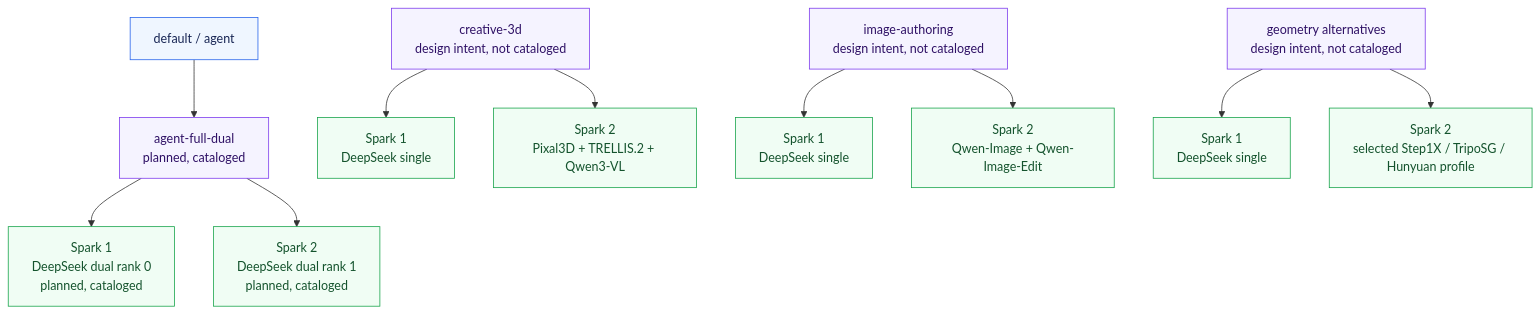
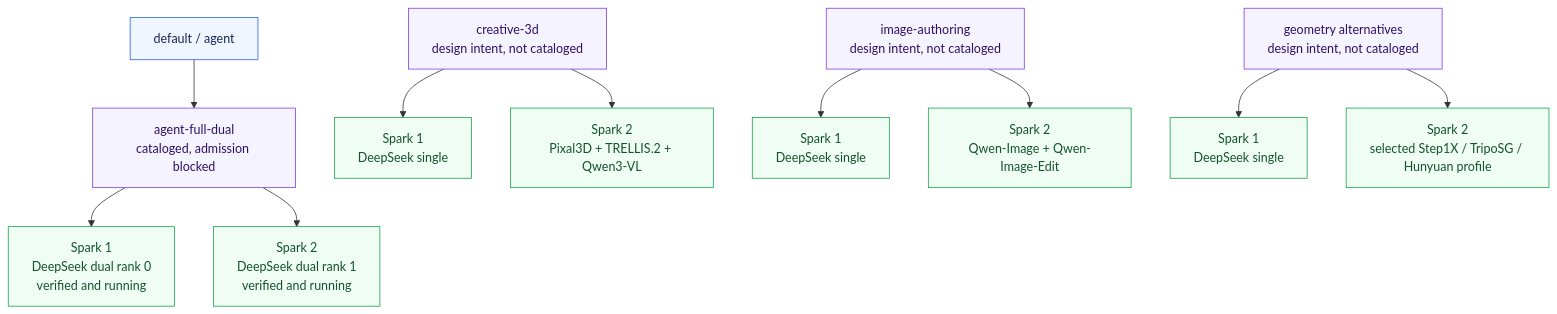
The second of 3 diagrams in docs/model-profile-overview.md (CarstVaartjes/DGX-Forge), drawn with Mermaid before and after one commit. The commit also changed other lines of this file and 9 other files, not shown here.

Commit message:
ops: verify dual-Spark DeepSeek runtime

````diff
--- a/docs/model-profile-overview.md
+++ b/docs/model-profile-overview.md
@@ -45,22 +45,22 @@
 ```mermaid
 flowchart TB
-    default[default / agent] --> full[agent-full-dual<br/>planned, cataloged]
-    full --> full1[Spark 1<br/>DeepSeek dual rank 0<br/>planned, cataloged]
-    full --> full2[Spark 2<br/>DeepSeek dual rank 1<br/>planned, cataloged]
+    default[default / agent] --> full[agent-full-dual<br/>cataloged, admission blocked]
+    full --> full1[Spark 1<br/>DeepSeek dual rank 0<br/>verified and running]
+    full --> full2[Spark 2<br/>DeepSeek dual rank 1<br/>verified and running]
 
     creative[creative-3d<br/>design intent, not cataloged] --> creative1[Spark 1<br/>DeepSeek single]
     creative --> creative2[Spark 2<br/>Pixal3D + TRELLIS.2 + Qwen3-VL]
 
     image[image-authoring<br/>design intent, not cataloged] --> image1[Spark 1<br/>DeepSeek single]
     image --> image2[Spark 2<br/>Qwen-Image + Qwen-Image-Edit]
 
     geometry[geometry alternatives<br/>design intent, not cataloged] --> geometry1[Spark 1<br/>DeepSeek single]
     geometry --> geometry2[Spark 2<br/>selected Step1X / TripoSG / Hunyuan profile]
 
     classDef selector fill:#eff6ff,stroke:#2563eb,color:#172554;
     classDef profile fill:#f5f3ff,stroke:#7c3aed,color:#2e1065;
     classDef compute fill:#f0fdf4,stroke:#16a34a,color:#14532d;
     class default selector;
     class full,creative,image,geometry profile;
     class full1,full2,creative1,creative2,image1,image2,geometry1,geometry2 compute;
 ```
````
